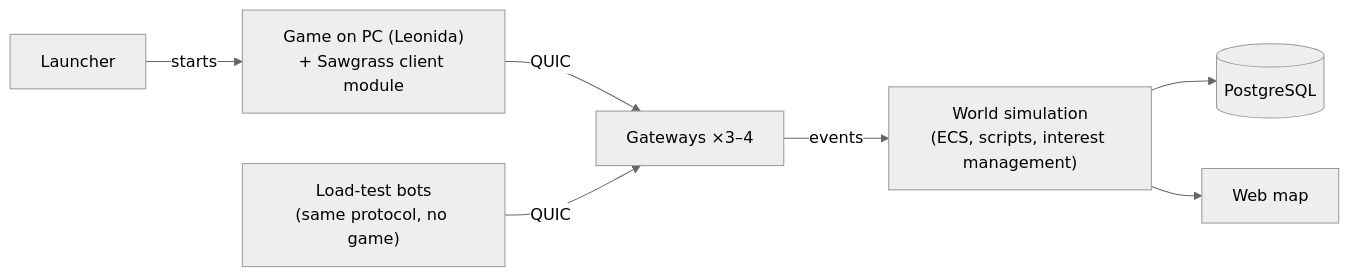
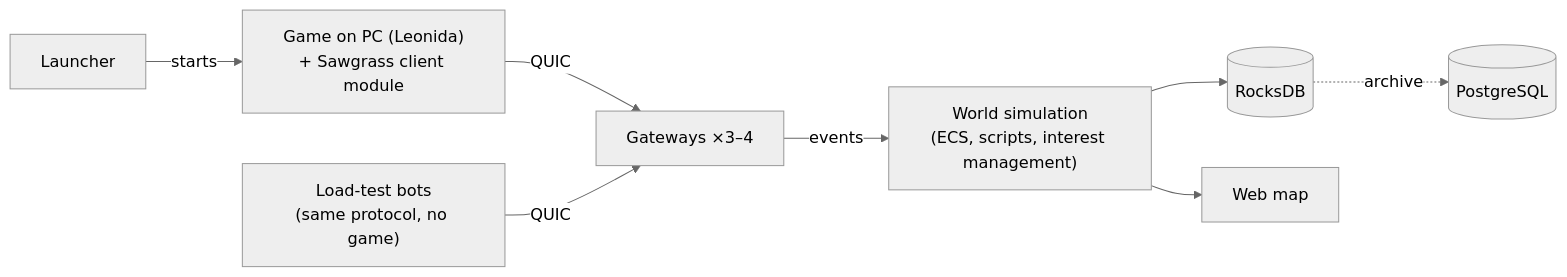
One commit to sawgrass-mp/sawgrass changed the diagram in README.md. Above: the diagram before and after it, drawn with Mermaid (neutral theme). The commit also changed other lines of this file and 6 other files, not shown here.

````diff
--- a/README.md
+++ b/README.md
@@ -87,9 +88,10 @@
 ```mermaid
 flowchart LR
     L[Launcher] -->|starts| G["Game on PC (Leonida)<br>+ Sawgrass client module"]
     G -->|QUIC| GW["Gateways ×3–4"]
     B["Load-test bots<br>(same protocol, no game)"] -->|QUIC| GW
     GW -->|events| W["World simulation<br>(ECS, scripts, interest management)"]
-    W --> DB[(PostgreSQL)]
+    W --> DB[(RocksDB)]
+    DB -.->|archive| PG[(PostgreSQL)]
     W --> M[Web map]
 ```
````
